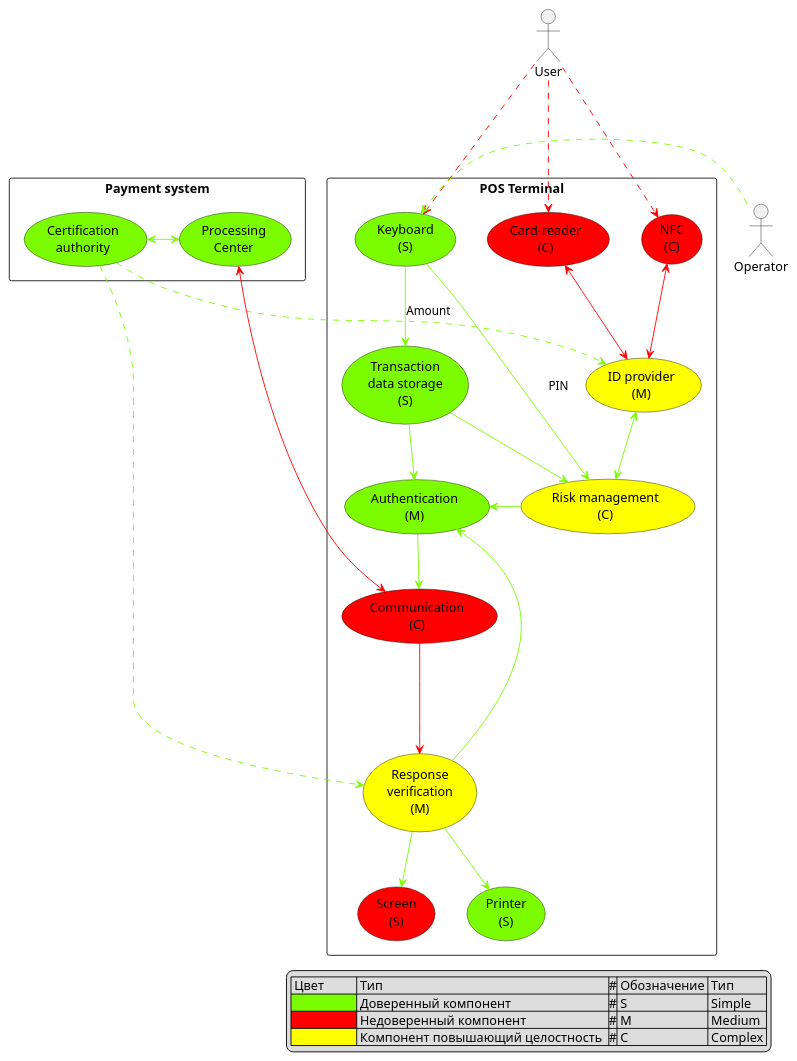
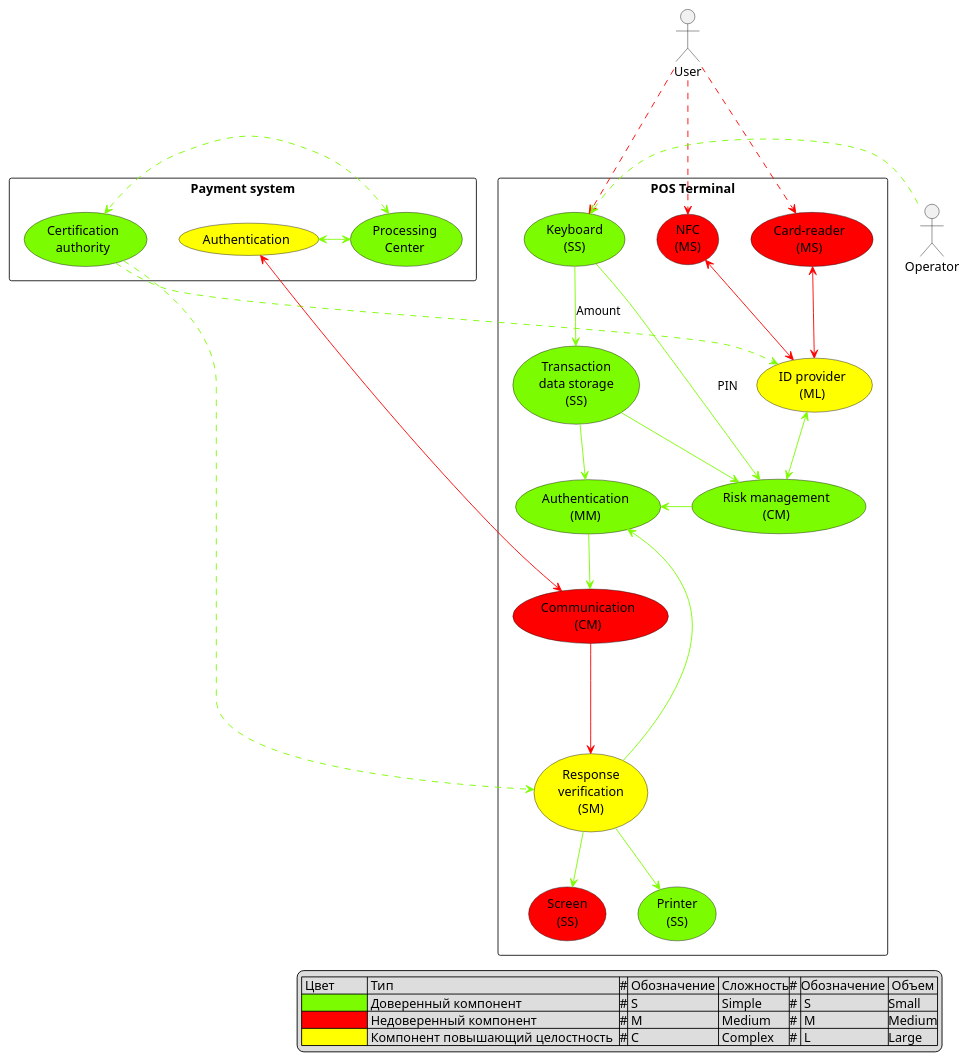
One commit to BardinPetr/-cyberimmune-course-homework-2 changed the diagram in docs/hla.puml. Above: the diagram before and after it, drawn with PlantUML. The commit also changed 1 other file, not shown here.

```diff
--- a/docs/hla.puml
+++ b/docs/hla.puml
@@ -1,65 +1,65 @@
 @startuml
 
 actor User as U
 actor Operator as O
 
 rectangle "Payment system" {
     usecase "Certification\nauthority" as CA #lawngreen
     usecase "Processing\nCenter" as proc #lawngreen
+    usecase "Authentication" as proca #yellow
 
-    proc <-[#lawngreen]> CA
+    proca <-[#lawngreen]> proc
+    proc <.[#lawngreen]> CA
 }
 
 rectangle "POS Terminal" {
-    usecase "Communication\n(C)" as comm #red
-    usecase "Screen\n(S)" as screen #red
-    usecase "NFC\n(C)" as nfc #red
-    usecase "Card-reader\n(C)" as card #red
-'    usecase "Power control" as batt #red
-'    usecase "Central system" as central #red
+    usecase "Communication\n(CM)" as comm #red
+    usecase "Screen\n(SS)" as screen #red
+    usecase "NFC\n(MS)" as nfc #red
+    usecase "Card-reader\n(MS)" as card #red
 
-    usecase "Response\nverification\n(M)" as ver #yellow
-    usecase "ID provider\n(M)" as idp #yellow
-    usecase "Risk management\n(C)" as rm #yellow
+    usecase "Response\nverification\n(SM)" as ver #yellow
+    usecase "ID provider\n(ML)" as idp #yellow
+    usecase "Risk management\n(CM)" as rm #lawngreen
 
-    usecase "Printer\n(S)" as printer #lawngreen
-    usecase "Keyboard\n(S)" as kb #lawngreen
-    usecase "Authentication\n(M)" as auth #lawngreen
-    usecase "Transaction\ndata storage\n(S)" as tds #lawngreen
+    usecase "Printer\n(SS)" as printer #lawngreen
+    usecase "Keyboard\n(SS)" as kb #lawngreen
+    usecase "Authentication\n(MM)" as auth #lawngreen
+    usecase "Transaction\ndata storage\n(SS)" as tds #lawngreen
 }
 
 CA .[#lawngreen].> ver
 CA .[#lawngreen].> idp
 
 U ...[#red]> nfc
 U ..[#red]> card
 U ..[#red]> kb
 O .[#lawngreen]> kb
 
 nfc  <--[#red]> idp
 card <--[#red]> idp
 
 kb -[#lawngreen]-> tds : Amount
 kb --[#lawngreen]-> rm : PIN
 
 tds --[#lawngreen]> rm
 idp <--[#lawngreen]> rm
 
 tds --[#lawngreen]> auth
 rm -[#lawngreen]> auth
 auth --[#lawngreen]> comm
 ver --[#lawngreen]> auth
 
-proc <--[#red]-> comm
+proca <--[#red]-> comm
 comm --[#red]-> ver
 ver --[#lawngreen]> printer
 ver --[#lawngreen]> screen
 
 legend right
-| Цвет          | Тип                               |#| Обозначение | Тип |
-| <#lawngreen>  | Доверенный компонент              |#| S | Simple |
-| <#red>        | Недоверенный компонент            |#| M | Medium |
-| <#yellow>     | Компонент повышающий целостность  |#| C | Complex |
+| Цвет          | Тип                               |#| Обозначение | Сложность|# |Обозначение | Объем |
+| <#lawngreen>  | Доверенный компонент              |#| S | Simple  |#| S|Small|
+| <#red>        | Недоверенный компонент            |#| M | Medium  |#| M|Medium|
+| <#yellow>     | Компонент повышающий целостность  |#| C | Complex |#| L|Large|
 end legend
 
 @enduml
```
